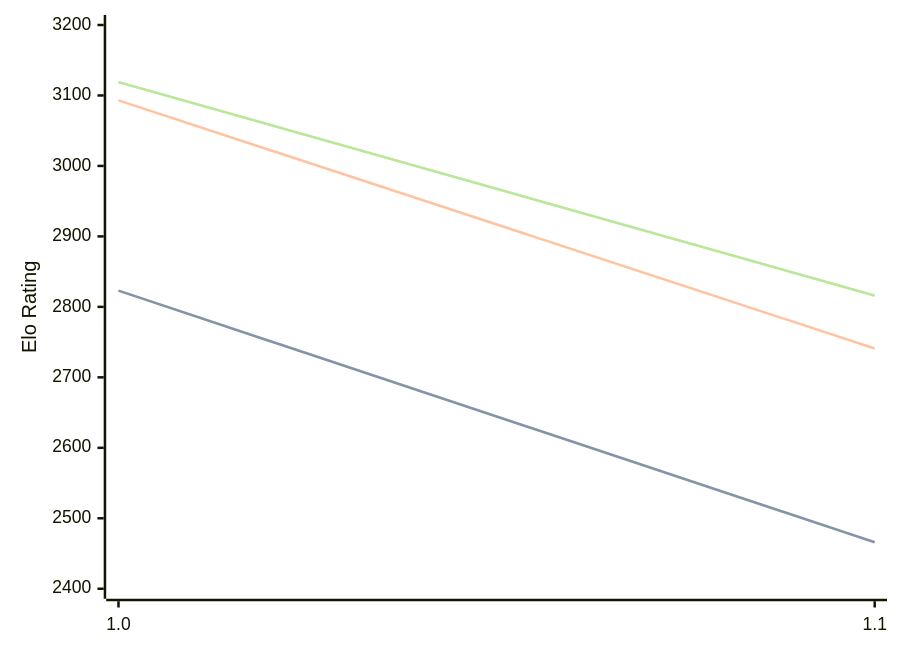
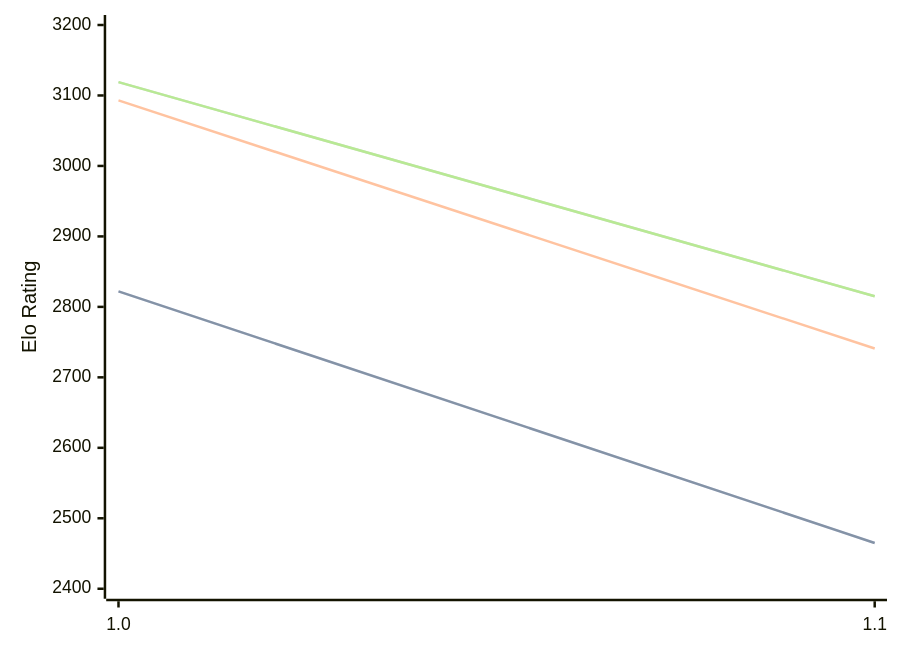
The diagram in engines/Publius.md (computer-chess-index/cci), drawn with Mermaid before and after one commit. The commit also changed other lines of this file, not shown here.

Commit message:
Update CCI Ratings (ELO VLTC) - 2026-06-12

````diff
--- a/engines/Publius.md
+++ b/engines/Publius.md
@@ -32,11 +32,11 @@
 ```mermaid
 %%{init: {"theme":"base","themeVariables":{"seriesColors:['#a3a3a3','#222221','#faa371']}}}%%
 xychart-beta
   x-axis ["1.0", "1.1"]
   y-axis "Elo Rating" 2400 --> 3200
-  line "STC (8.0+0.08s)" [2823, 2466]
-  line "STC (8.0+0.08s)" [2823, 2466]
+  line "STC (8.0+0.08s)" [2822, 2465]
+  line "STC (8.0+0.08s)" [2822, 2465]
   line "LTC (60.0+0.60s)" [3093, 2741]
-  line "VLTC (2m24s+1.12s)" [3119, 2816]
-  line "VLTC (2m24s+1.12s)" [3119, 2816]
+  line "VLTC (2m24s+1.12s)" [3119, 2815]
+  line "VLTC (2m24s+1.12s)" [3119, 2815]
 ```
````
